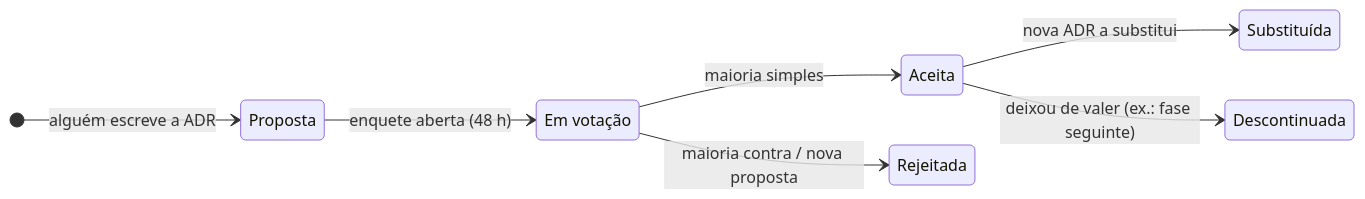
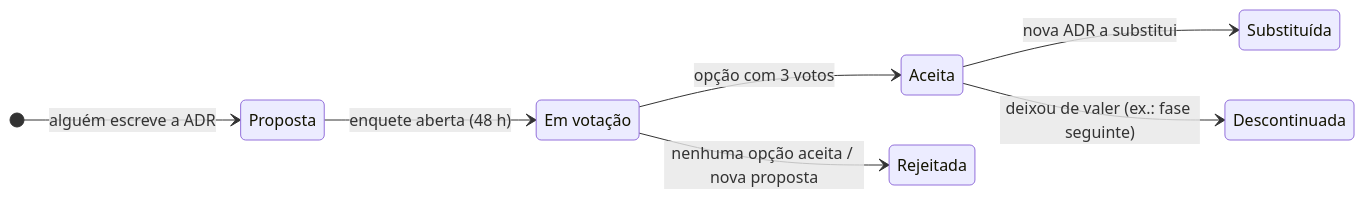
One commit to HermandoThiago/FIAP-SOAT changed the diagram in docs/02-adr/README.md. Above: the diagram before and after it, drawn with Mermaid. The commit also changed other lines of this file and 3 other files, not shown here.

First line of the commit message:
docs(guia): vencer com 3 votos; empate vai a discussão + enquete rápida

````diff
--- a/docs/02-adr/README.md
+++ b/docs/02-adr/README.md
@@ -8,12 +8,12 @@
 ```mermaid
 stateDiagram-v2
     direction LR
     [*] --> Proposta: alguém escreve a ADR
     Proposta --> EmVotacao: enquete aberta (48 h)
-    EmVotacao --> Aceita: maioria simples
-    EmVotacao --> Rejeitada: maioria contra / nova proposta
+    EmVotacao --> Aceita: opção com 3 votos
+    EmVotacao --> Rejeitada: nenhuma opção aceita / nova proposta
     Aceita --> Substituida: nova ADR a substitui
     Aceita --> Descontinuada: deixou de valer (ex.: fase seguinte)
     state "Em votação" as EmVotacao
     state "Substituída" as Substituida
 ```
````
